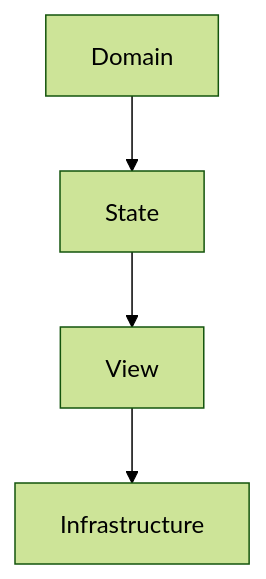
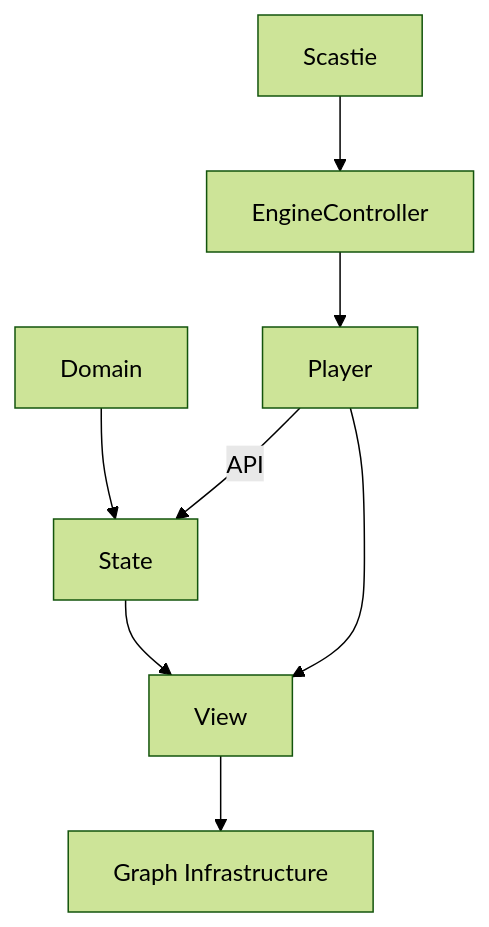
Before and after one commit to Ro0t-set/scafi-web-3: the diagram in docs/src/03-architectural-design/index.md, drawn with Mermaid (forest theme). The commit also changed 2 other files, not shown here.

Commit message:
feat(pages.yml): update MDBOOK_VERSION to 0.4.43 and add mdbook-mermaid plugin for mermaid diagrams feat(book.toml): configure mdbook-mermaid preprocessor and add mermaid scripts for HTML output feat(architectural-design): update mermaid flowchart with additional nodes and connections

````diff
--- a/docs/src/03-architectural-design/index.md
+++ b/docs/src/03-architectural-design/index.md
@@ -10,6 +10,9 @@
 ```mermaid
-  flowchart TD
-    A[Domain] --> B[State]
-    B --> C[View]
-    C --> D[Infrastructure]
+    flowchart TD
+        A[Domain] --> B[State]
+        B --> C[View]
+        C --> D[Graph Infrastructure]
+        E[Scastie] --> F[EngineController] --> G[Player]
+        G[Player] -->|API| B[State]
+        G[Player] --> C[View]
 ```
````
